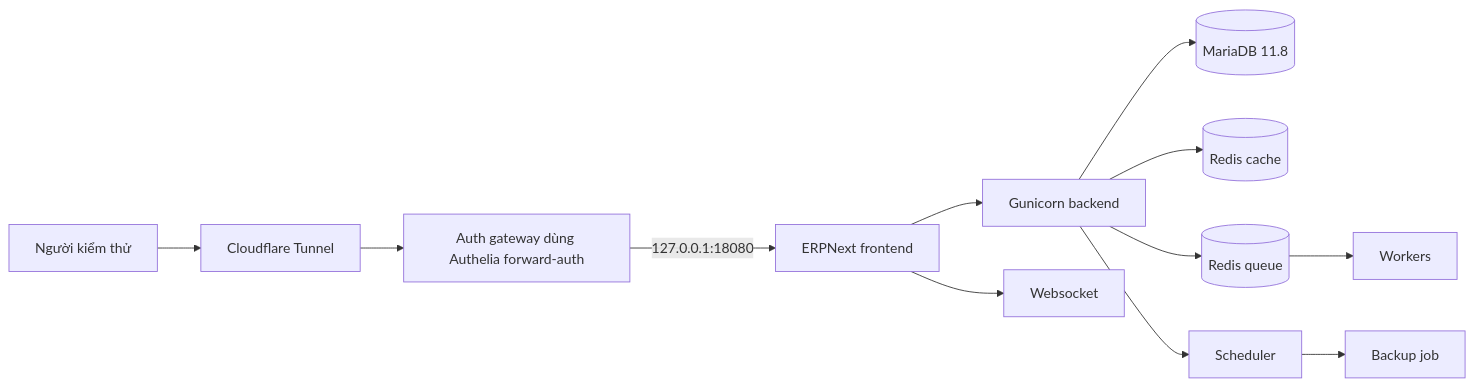
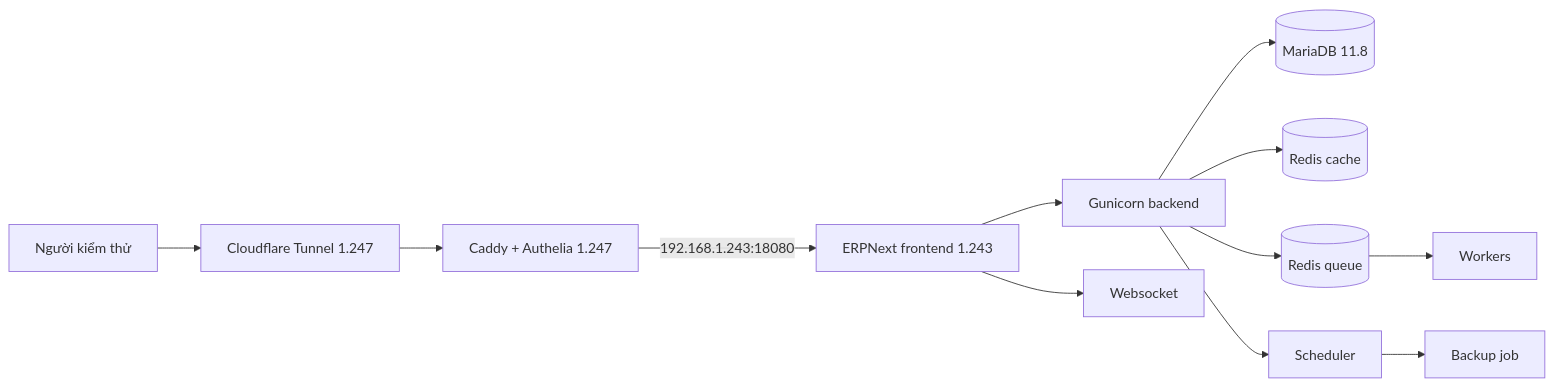
The diagram in docs/architecture/staging-1.243.md (greenmails2001/erpnext), drawn with Mermaid before and after one commit. The commit also changed other lines of this file and 7 other files, not shown here.

````diff
--- a/docs/architecture/staging-1.243.md
+++ b/docs/architecture/staging-1.243.md
@@ -31,14 +31,14 @@
 ```mermaid
 flowchart LR
-    U[Người kiểm thử] --> CF[Cloudflare Tunnel]
-    CF --> AG[Auth gateway dùng Authelia forward-auth]
-    AG -->|127.0.0.1:18080| FE[ERPNext frontend]
+    U[Người kiểm thử] --> CF[Cloudflare Tunnel 1.247]
+    CF --> AG[Caddy + Authelia 1.247]
+    AG -->|192.168.1.243:18080| FE[ERPNext frontend 1.243]
     FE --> BE[Gunicorn backend]
     FE --> WS[Websocket]
     BE --> DB[(MariaDB 11.8)]
     BE --> RC[(Redis cache)]
     BE --> RQ[(Redis queue)]
     RQ --> W[Workers]
     BE --> S[Scheduler]
     S --> B[Backup job]
 ```
````
